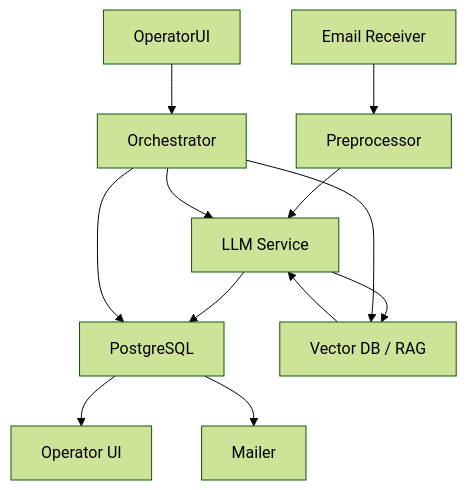
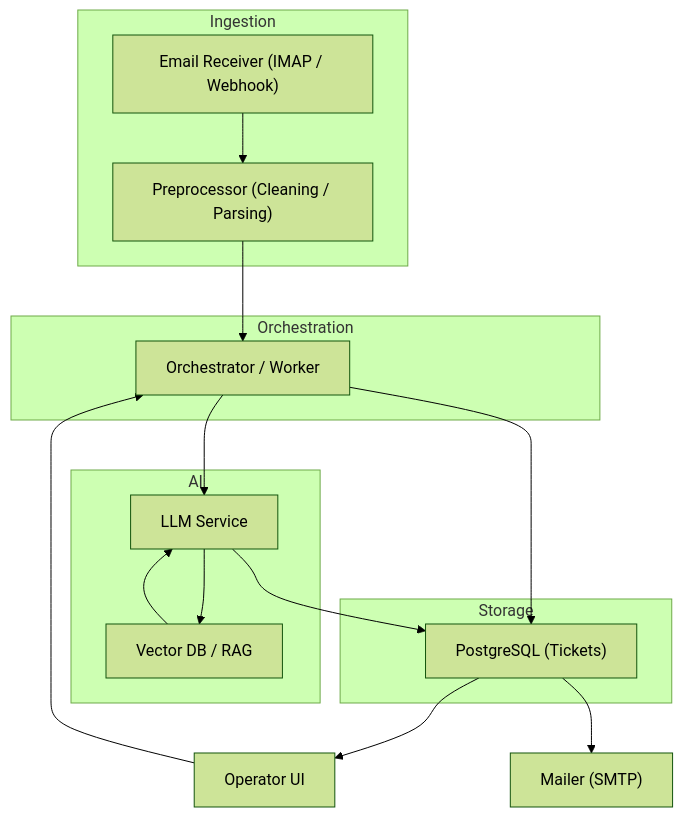
One commit to knock-knock-team/ai-support-agent changed the second of 3 diagrams in README.md. Above: the diagram before and after it, drawn with Mermaid (forest theme). The commit also changed other lines of this file, not shown here.

Commit message:
refactor: edit schemes

````diff
--- a/README.md
+++ b/README.md
@@ -247,14 +246,32 @@
 ```mermaid
 flowchart TD
-  Email[Email Receiver] --> Pre[Preprocessor]
-  Pre --> LLM[LLM Service]
-  LLM --> DB[PostgreSQL]
-  DB --> UI[Operator UI]
-  LLM --> RAG[Vector DB / RAG]
-  RAG --> LLM
-  DB --> Mailer[Mailer]
-  Orchestrator --> LLM
-  Orchestrator --> RAG
-  Orchestrator --> DB
-  OperatorUI --> Orchestrator
+
+  subgraph Ingestion
+    A["Email Receiver (IMAP / Webhook)"]
+    B["Preprocessor (Cleaning / Parsing)"]
+    A --> B
+  end
+
+  subgraph AI
+    C["LLM Service"]
+    D["Vector DB / RAG"]
+    C --> D
+    D --> C
+  end
+
+  subgraph Storage
+    E["PostgreSQL (Tickets)"]
+  end
+
+  subgraph Orchestration
+    O["Orchestrator / Worker"]
+  end
+
+  B --> O
+  O --> C
+  C --> E
+  O --> E
+  E --> UI["Operator UI"]
+  E --> M["Mailer (SMTP)"]
+  UI --> O
 ```
````
